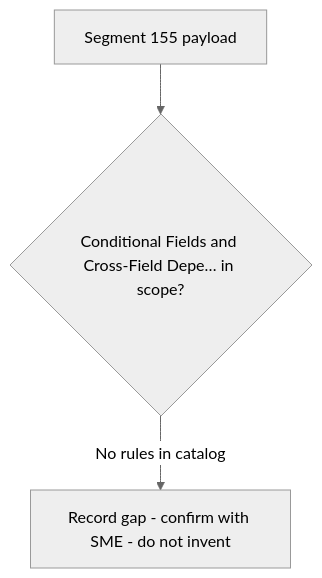
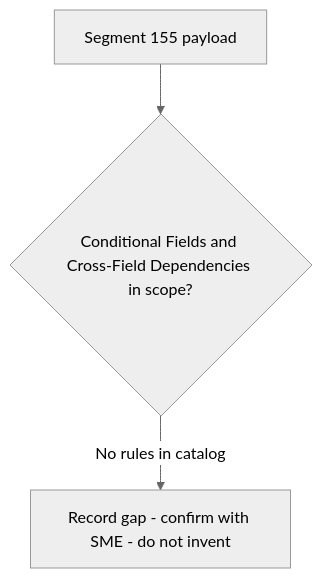
The diagram in regression-artifact-validator/specifications/ATL105/docs/specs/kb/segment-155/conditional-dependency-rules-flow.md (DhanSingh-hub/core-auth-ai-validation-framework), drawn with Mermaid (neutral theme) before and after one commit. The commit also changed 150 other files, not shown here.

````diff
--- a/regression-artifact-validator/specifications/ATL105/docs/specs/kb/segment-155/conditional-dependency-rules-flow.md
+++ b/regression-artifact-validator/specifications/ATL105/docs/specs/kb/segment-155/conditional-dependency-rules-flow.md
@@ -3,5 +3,5 @@
 ```mermaid
 flowchart TD
-    A[Segment 155 payload] --> B{Conditional Fields and Cross-Field Depe… in scope?}
+    A[Segment 155 payload] --> B{Conditional Fields and Cross-Field Dependencies in scope?}
     B -->|No rules in catalog| G[Record gap - confirm with SME - do not invent]
 ```
````
